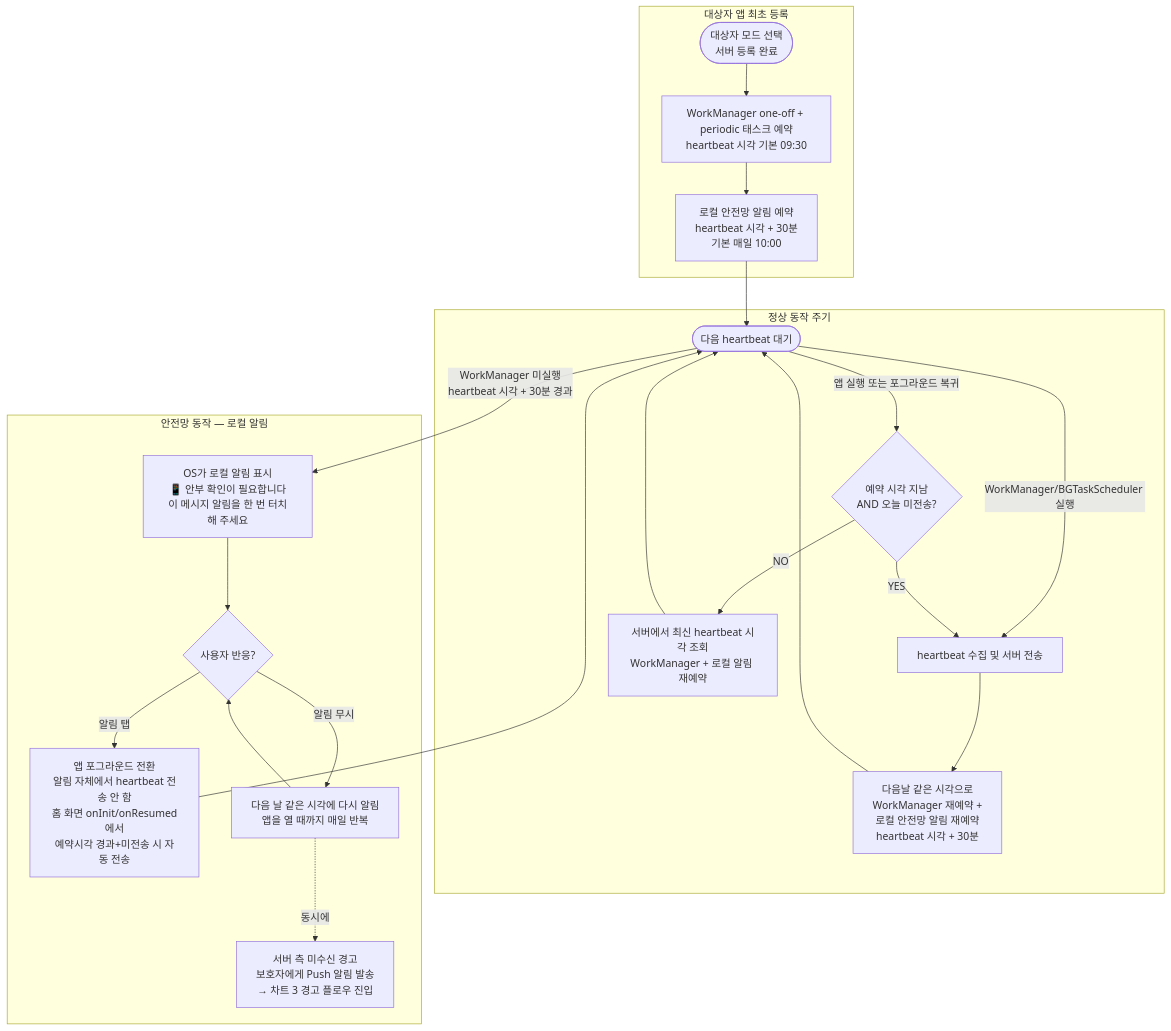
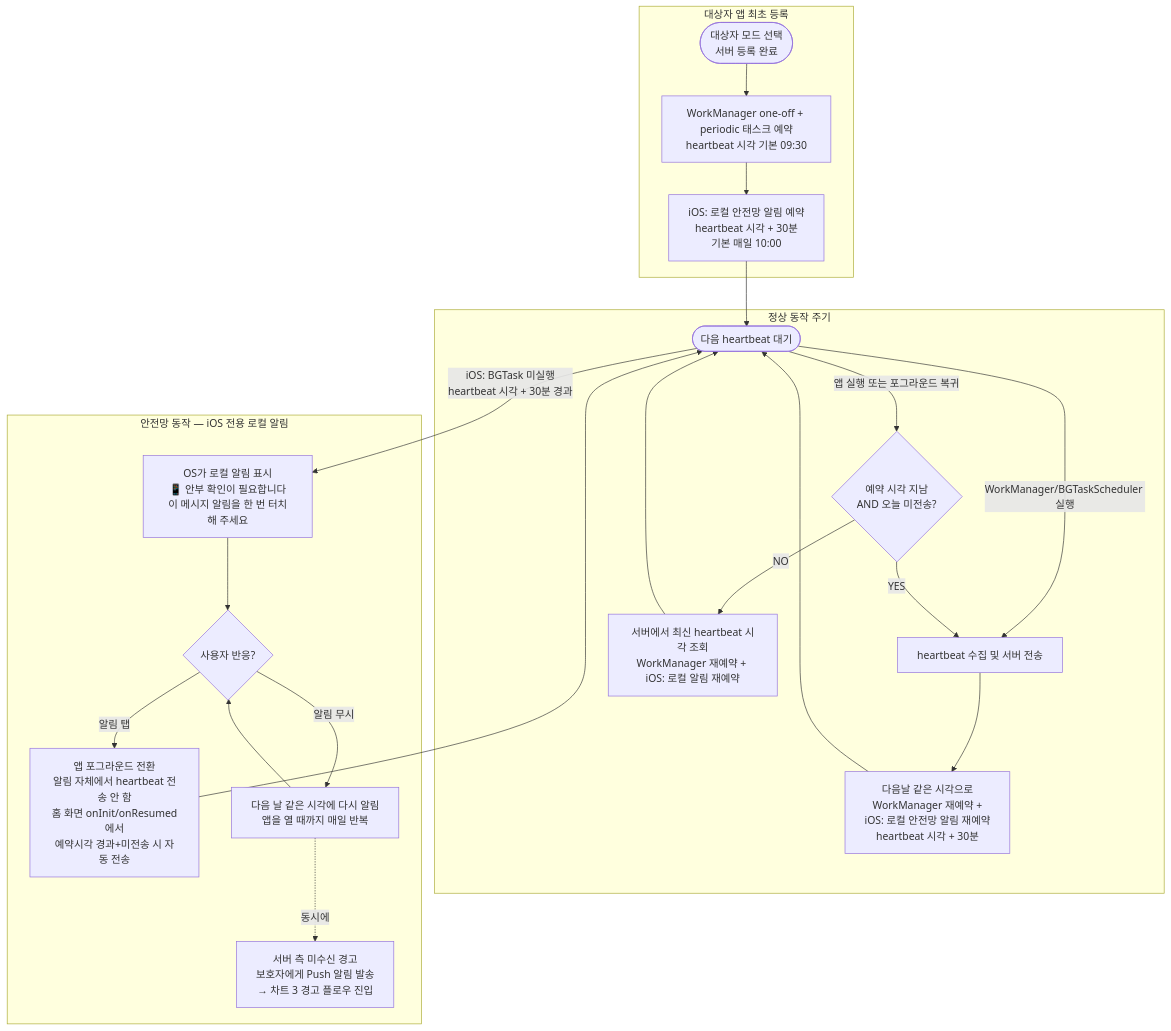
One commit to l10s18bok/kr.co.anbucheck changed the eighth of 8 diagrams in .claude/rules/heartbeat_flowchart.md. Above: the diagram before and after it, drawn with Mermaid. The commit also changed other lines of this file and 4 other files, not shown here.

````diff
--- a/.claude/rules/heartbeat_flowchart.md
+++ b/.claude/rules/heartbeat_flowchart.md
@@ -281,37 +280,37 @@
 ```mermaid
 flowchart TD
     subgraph 최초설치[대상자 앱 최초 등록]
         Install([대상자 모드 선택<br/>서버 등록 완료])
         Install --> FirstWM[WorkManager one-off + periodic 태스크 예약<br/>heartbeat 시각 기본 09:30]
-        FirstWM --> FirstAlarm[로컬 안전망 알림 예약<br/>heartbeat 시각 + 30분<br/>기본 매일 10:00]
+        FirstWM --> FirstAlarm[iOS: 로컬 안전망 알림 예약<br/>heartbeat 시각 + 30분<br/>기본 매일 10:00]
     end
 
     FirstAlarm --> Wait
 
     subgraph 정상주기[정상 동작 주기]
         Wait([다음 heartbeat 대기])
         Wait -->|WorkManager/BGTaskScheduler 실행| Collect[heartbeat 수집 및 서버 전송]
-        Collect --> Reschedule[다음날 같은 시각으로<br/>WorkManager 재예약 +<br/>로컬 안전망 알림 재예약<br/>heartbeat 시각 + 30분]
+        Collect --> Reschedule[다음날 같은 시각으로<br/>WorkManager 재예약 +<br/>iOS: 로컬 안전망 알림 재예약<br/>heartbeat 시각 + 30분]
         Reschedule --> Wait
         Wait -->|앱 실행 또는 포그라운드 복귀| AutoSend{예약 시각 지남<br/>AND 오늘 미전송?}
         AutoSend -->|YES| Collect
-        AutoSend -->|NO| ServerSync[서버에서 최신 heartbeat 시각 조회<br/>WorkManager + 로컬 알림 재예약]
+        AutoSend -->|NO| ServerSync[서버에서 최신 heartbeat 시각 조회<br/>WorkManager 재예약 + iOS: 로컬 알림 재예약]
         ServerSync --> Wait
     end
 
-    Wait -->|WorkManager 미실행<br/>heartbeat 시각 + 30분 경과| Alarm
+    Wait -->|iOS: BGTask 미실행<br/>heartbeat 시각 + 30분 경과| Alarm
 
-    subgraph 안전망[안전망 동작 — 로컬 알림]
+    subgraph 안전망[안전망 동작 — iOS 전용 로컬 알림]
         Alarm[OS가 로컬 알림 표시<br/>📱 안부 확인이 필요합니다<br/>이 메시지 알림을 한 번 터치해 주세요]
 
         Alarm --> UserAction{사용자 반응?}
 
         UserAction -->|알림 탭| AppOpen[앱 포그라운드 전환<br/>알림 자체에서 heartbeat 전송 안 함<br/>홈 화면 onInit/onResumed에서<br/>예약시각 경과+미전송 시 자동 전송]
         AppOpen --> Wait
 
         UserAction -->|알림 무시| Repeat[다음 날 같은 시각에 다시 알림<br/>앱을 열 때까지 매일 반복]
         Repeat --> UserAction
 
         Repeat -.->|동시에| ServerAlert[서버 측 미수신 경고<br/>보호자에게 Push 알림 발송<br/>→ 차트 3 경고 플로우 진입]
     end
 ```
````
